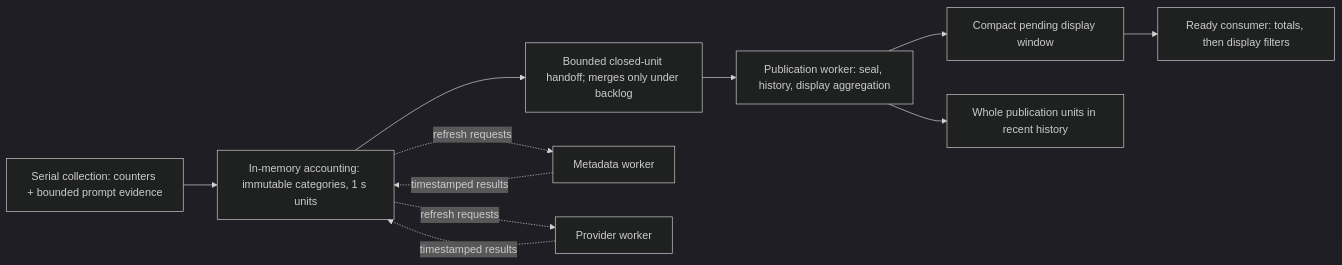
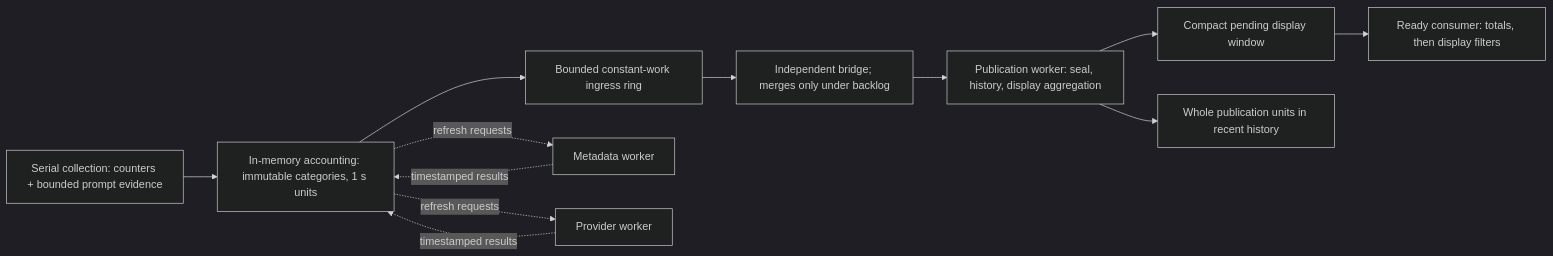
Before and after one commit to mbackschat/agent-monitor: the first of 2 diagrams in docs/architecture.md, drawn with Mermaid (dark theme). The commit also changed other lines of this file and 13 other files, not shown here.

````diff
--- a/docs/architecture.md
+++ b/docs/architecture.md
@@ -122,13 +122,14 @@
 ```mermaid
 flowchart LR
     A["Serial collection: counters + bounded prompt evidence"] --> C["In-memory accounting: immutable categories, 1 s units"]
-    C --> Q["Bounded closed-unit handoff; merges only under backlog"]
+    C --> R["Bounded constant-work ingress ring"]
+    R --> Q["Independent bridge; merges only under backlog"]
     Q --> W["Publication worker: seal, history, display aggregation"]
     W --> D["Compact pending display window"]
     D --> E["Ready consumer: totals, then display filters"]
     W --> H["Whole publication units in recent history"]
     C -. refresh requests .-> M["Metadata worker"]
     C -. refresh requests .-> P["Provider worker"]
     M -. timestamped results .-> C
     P -. timestamped results .-> C
 ```
````
